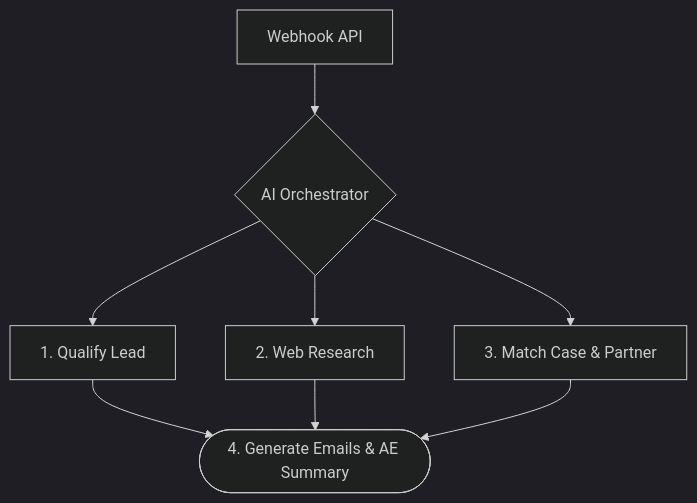
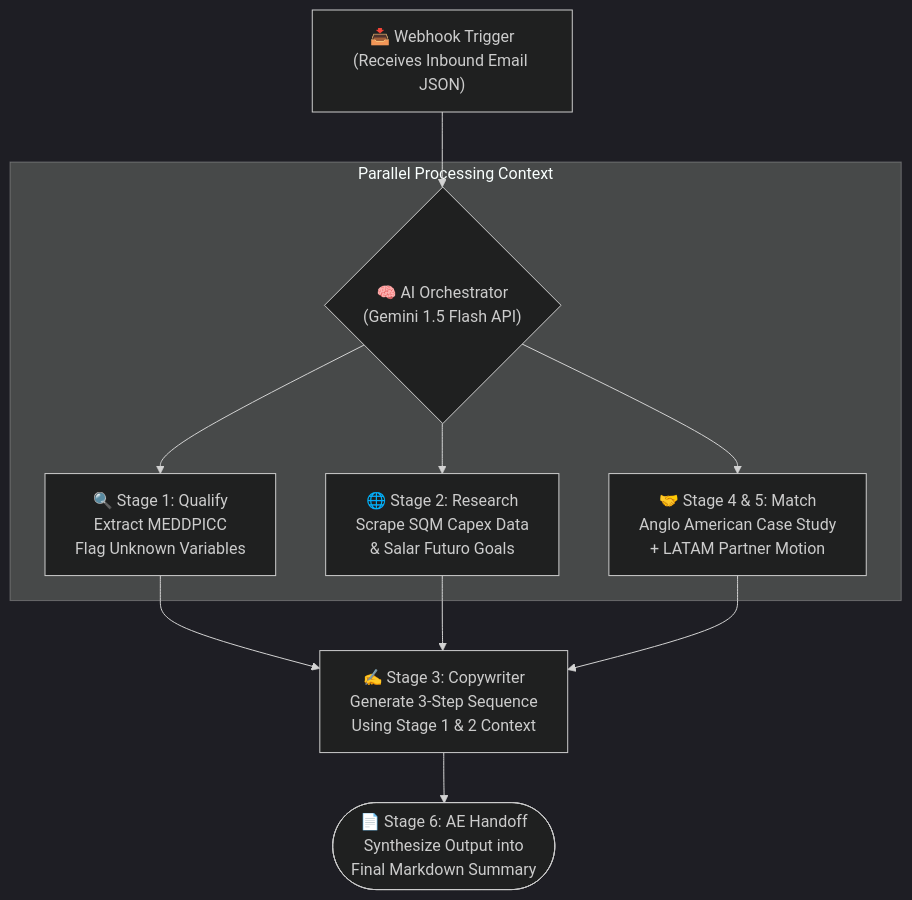
One commit to kanav232/FlytBase-Autopilot-BDR changed the diagram in submission.md. Above: the diagram before and after it, drawn with Mermaid (dark theme). The commit also changed other lines of this file, not shown here.

Commit message:
Update Mermaid diagram to optimized detail-rich version with subgraphs and emojis

````diff
--- a/submission.md
+++ b/submission.md
@@ -11,8 +11,14 @@
 ```mermaid
 flowchart TD
-  A[Webhook API] --> B{AI Orchestrator}
-  B --> C[1. Qualify Lead]
-  B --> D[2. Web Research]
-  B --> E[3. Match Case & Partner]
-  C & D & E --> F([4. Generate Emails & AE Summary])
+    A["📥 Webhook Trigger<br>(Receives Inbound Email JSON)"] --> B{"🧠 AI Orchestrator<br>(Gemini 1.5 Flash API)"}
+    
+    subgraph Parallel Processing Context
+        B --> C["🔍 Stage 1: Qualify<br>Extract MEDDPICC<br>Flag Unknown Variables"]
+        B --> D["🌐 Stage 2: Research<br>Scrape SQM Capex Data<br>& Salar Futuro Goals"]
+        B --> E["🤝 Stage 4 & 5: Match<br>Anglo American Case Study<br>+ LATAM Partner Motion"]
+    end
+    
+    C & D & E --> F["✍️ Stage 3: Copywriter<br>Generate 3-Step Sequence<br>Using Stage 1 & 2 Context"]
+    
+    F --> G(["📄 Stage 6: AE Handoff<br>Synthesize Output into<br>Final Markdown Summary"])
 ```
````
